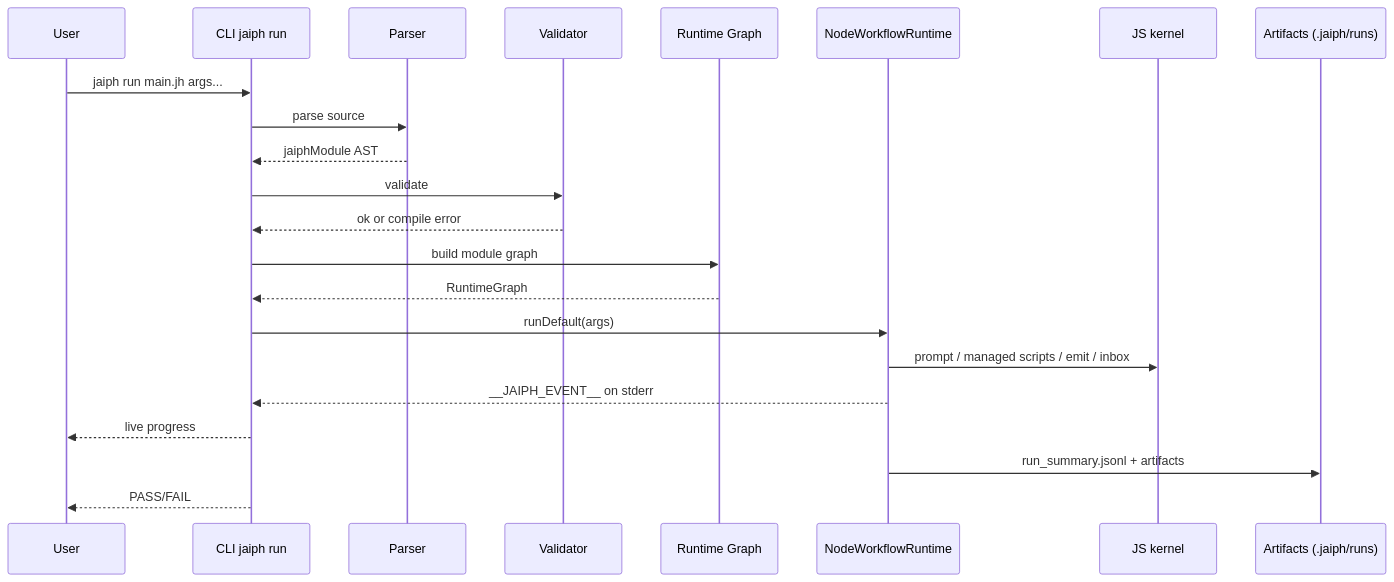
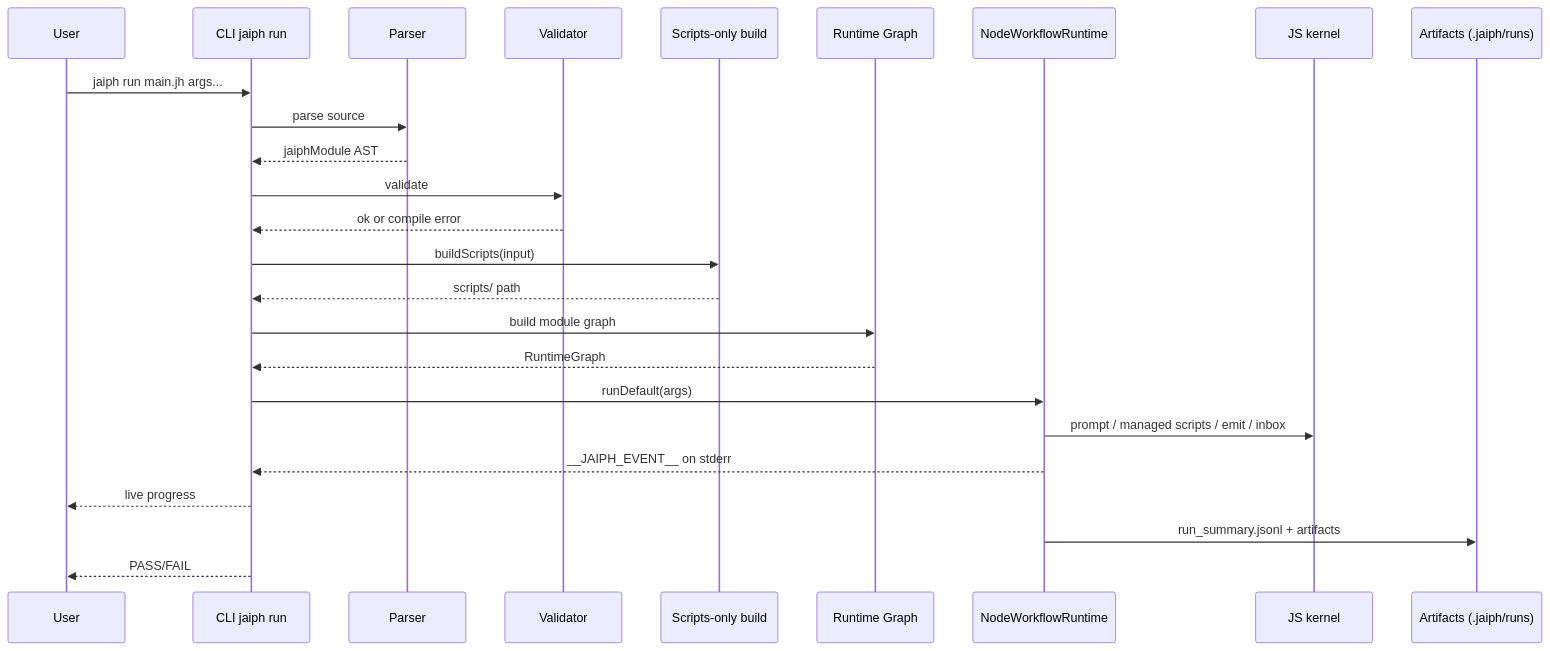
Before and after one commit to jaiphlang/jaiph: the second of 3 diagrams in ARCHITECTURE.md, drawn with Mermaid. The commit also changed other lines of this file and 3 other files, not shown here.

Commit message:
Queue: Update ARCHITECTURE and major QUEUE rework

````diff
--- a/ARCHITECTURE.md
+++ b/ARCHITECTURE.md
@@ -133,25 +138,28 @@
 ```mermaid
 sequenceDiagram
     participant User
     participant CLI as CLI jaiph run
     participant Parser as Parser
     participant Validator as Validator
+    participant Prep as Scripts-only build
     participant Graph as Runtime Graph
     participant Runtime as NodeWorkflowRuntime
     participant Kernel as JS kernel
     participant Report as Artifacts (.jaiph/runs)
 
     User->>CLI: jaiph run main.jh args...
     CLI->>Parser: parse source
     Parser-->>CLI: jaiphModule AST
     CLI->>Validator: validate
     Validator-->>CLI: ok or compile error
+    CLI->>Prep: buildScripts(input)
+    Prep-->>CLI: scripts/ path
     CLI->>Graph: build module graph
     Graph-->>CLI: RuntimeGraph
     CLI->>Runtime: runDefault(args)
     Runtime->>Kernel: prompt / managed scripts / emit / inbox
     Runtime-->>CLI: __JAIPH_EVENT__ on stderr
     CLI-->>User: live progress
     Runtime->>Report: run_summary.jsonl + artifacts
     CLI-->>User: PASS/FAIL
 ```
````
